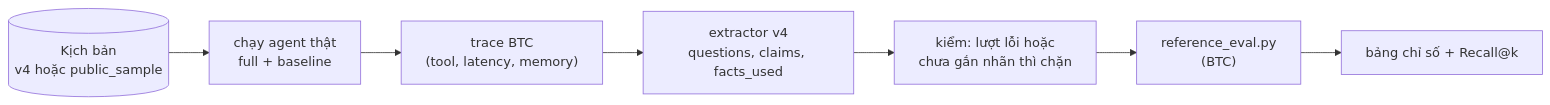
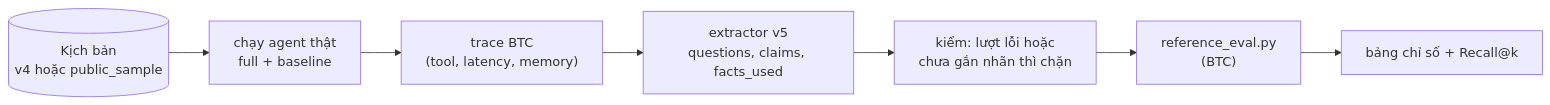
Before and after one commit to queenley/capstone_sudocode2026: the diagram in docs/ai/05-danh-gia.md, drawn with Mermaid. The commit also changed other lines of this file and 13 other files, not shown here.

````diff
--- a/docs/ai/05-danh-gia.md
+++ b/docs/ai/05-danh-gia.md
@@ -84,9 +84,9 @@
 ```mermaid
 flowchart LR
     DS[("Kịch bản<br/>v4 hoặc public_sample")] --> RUN["chạy agent thật<br/>full + baseline"]
     RUN --> TR["trace BTC<br/>(tool, latency, memory)"]
-    TR --> EX["extractor v4<br/>questions, claims, facts_used"]
+    TR --> EX["extractor v5<br/>questions, claims, facts_used"]
     EX --> CK["kiểm: lượt lỗi hoặc<br/>chưa gắn nhãn thì chặn"]
     CK --> SC["reference_eval.py<br/>(BTC)"]
     SC --> OUT["bảng chỉ số + Recall@k"]
 ```
````
